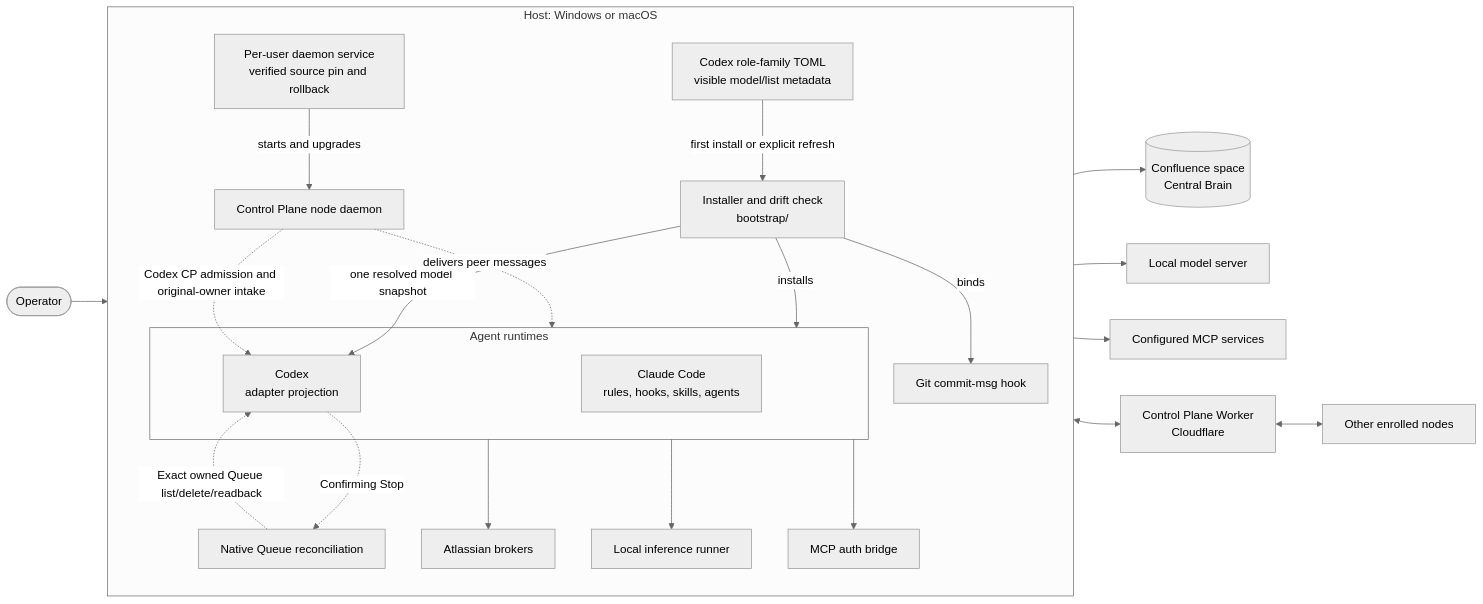
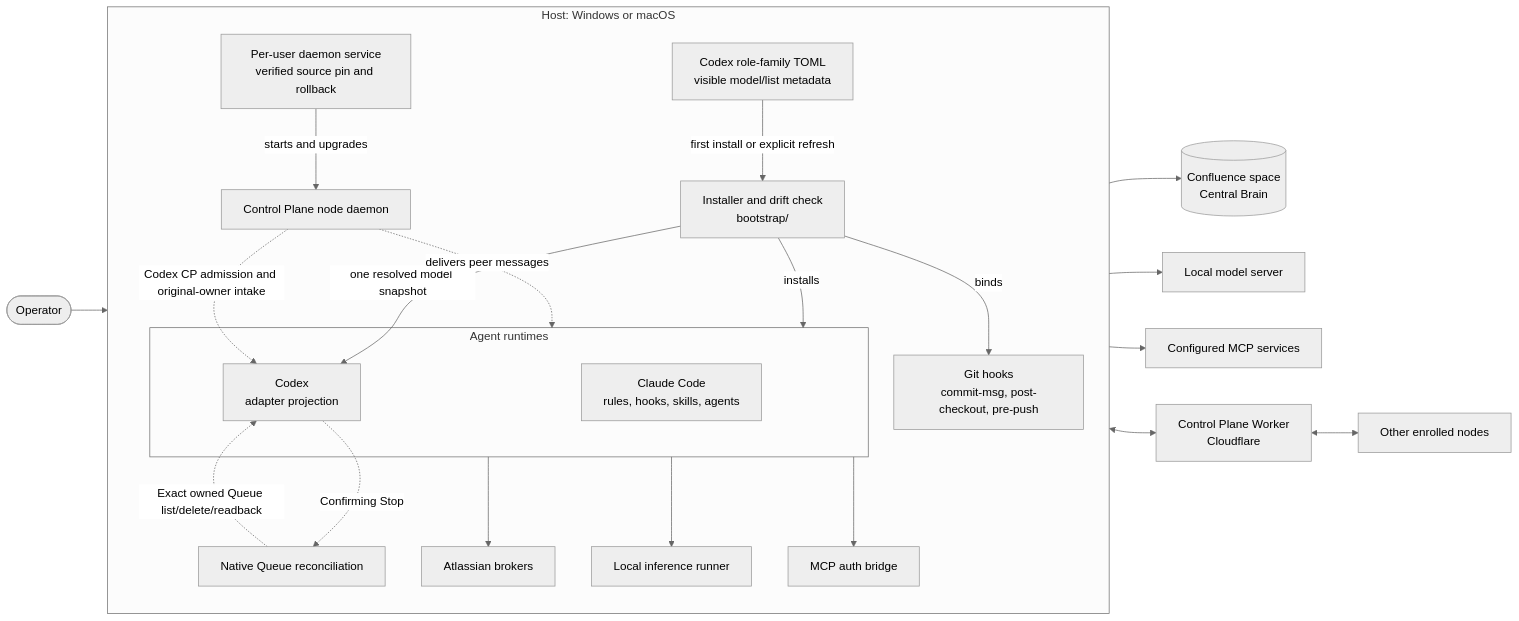
The diagram in README.md (cfaysal/kherep), drawn with Mermaid (neutral theme) before and after one commit. The commit also changed other lines of this file and 3 other files, not shown here.

````diff
--- a/README.md
+++ b/README.md
@@ -46,42 +54,42 @@
 ```mermaid
 flowchart LR
   operator([Operator])
 
   subgraph host["Host: Windows or macOS"]
     direction TB
     bootstrap["Installer and drift check<br/>bootstrap/"]
     codexModels["Codex role-family TOML<br/>visible model/list metadata"]
     subgraph runtimes["Agent runtimes"]
       claude["Claude Code<br/>rules, hooks, skills, agents"]
       codex["Codex<br/>adapter projection"]
     end
-    githook["Git commit-msg hook"]
+    githook["Git hooks<br/>commit-msg, post-checkout, pre-push"]
     brokers["Atlassian brokers"]
     runner["Local inference runner"]
     bridge["MCP auth bridge"]
     nodeDaemon["Control Plane node daemon"]
     daemonService["Per-user daemon service<br/>verified source pin and rollback"]
     queueRetire["Native Queue reconciliation"]
   end
 
   confluence[("Confluence space<br/>Central Brain")]
   model["Local model server"]
   mcp["Configured MCP services"]
   worker["Control Plane Worker<br/>Cloudflare"]
   peers["Other enrolled nodes"]
 
   operator --> runtimes
   bootstrap -->|installs| runtimes
   codexModels -->|first install or explicit refresh| bootstrap
   bootstrap -->|one resolved model snapshot| codex
   bootstrap -->|binds| githook
   runtimes --> brokers --> confluence
   runtimes --> runner --> model
   runtimes --> bridge --> mcp
   nodeDaemon <--> worker <--> peers
   daemonService -->|starts and upgrades| nodeDaemon
   nodeDaemon -.->|delivers peer messages| runtimes
   nodeDaemon -.->|Codex CP admission and original-owner intake| codex
   codex -.->|Confirming Stop| queueRetire
   queueRetire -.->|Exact owned Queue list/delete/readback| codex
 ```
````
